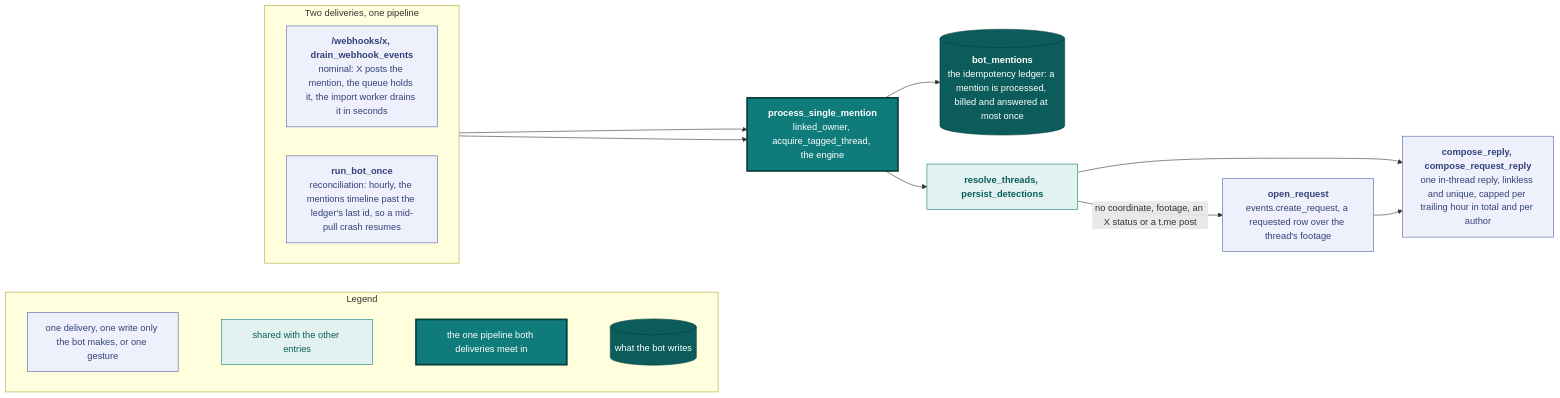
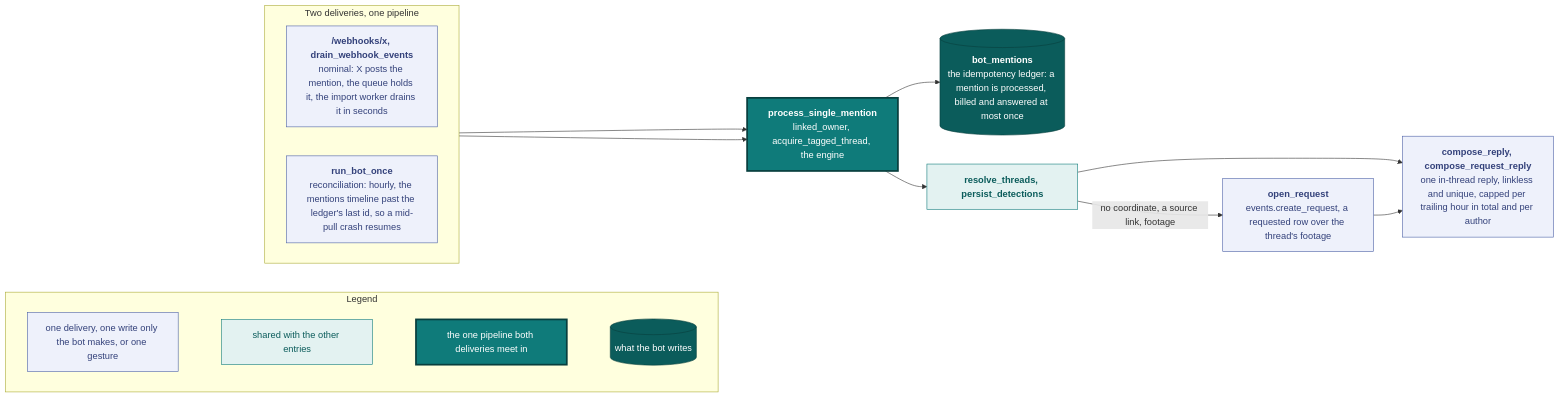
The fourth of 6 diagrams in docs/ingestion.md (vidithq/vidit), drawn with Mermaid before and after one commit. The commit also changed other lines of this file and 12 other files, not shown here.

First line of the commit message:
feat(bot): a mirror with its own clip opens a request whatever the source host

````diff
--- a/docs/ingestion.md
+++ b/docs/ingestion.md
@@ -305,40 +306,40 @@
 ```mermaid
 flowchart LR
   classDef spec fill:#eef1fb,stroke:#4a5fa5,color:#33417a
   classDef shared fill:#e3f2f1,stroke:#0f7b7a,color:#0b5c5b
   classDef core fill:#0f7b7a,stroke:#083f3e,stroke-width:3px,color:#ffffff
   classDef store fill:#0b5c5b,stroke:#083f3e,color:#ffffff
 
   subgraph legend [Legend]
     direction LR
     l1["`one delivery, one write only the bot makes, or one gesture`"]:::spec
     l2["`shared with the other entries`"]:::shared
     l3["`the one pipeline both deliveries meet in`"]:::core
     l4[("`what the bot writes`")]:::store
     l1 ~~~ l2 ~~~ l3 ~~~ l4
   end
 
   subgraph deliveries [Two deliveries, one pipeline]
     direction LR
     wh["`**/webhooks/x, drain_webhook_events**
     nominal: X posts the mention, the queue holds it, the import worker drains it in seconds`"]:::spec
     poll["`**run_bot_once**
     reconciliation: hourly, the mentions timeline past the ledger's last id, so a mid-pull crash resumes`"]:::spec
   end
 
   one["`**process_single_mention**
   linked_owner, acquire_tagged_thread, the engine`"]:::core
   ledger[("`**bot_mentions**
   the idempotency ledger: a mention is processed, billed and answered at most once`")]:::store
   engine["`**resolve_threads, persist_detections**`"]:::shared
   request["`**open_request**
   events.create_request, a requested row over the thread's footage`"]:::spec
   reply["`**compose_reply, compose_request_reply**
   one in-thread reply, linkless and unique, capped per trailing hour in total and per author`"]:::spec
 
   wh --> one
   poll --> one
   one --> ledger
   one --> engine --> reply
-  engine -- "no coordinate, footage, an X status or a t.me post" --> request --> reply
+  engine -- "no coordinate, a source link, footage" --> request --> reply
 ```
````
